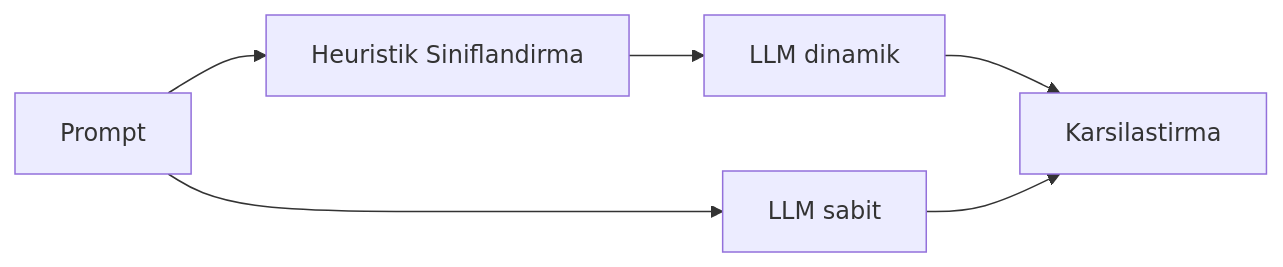
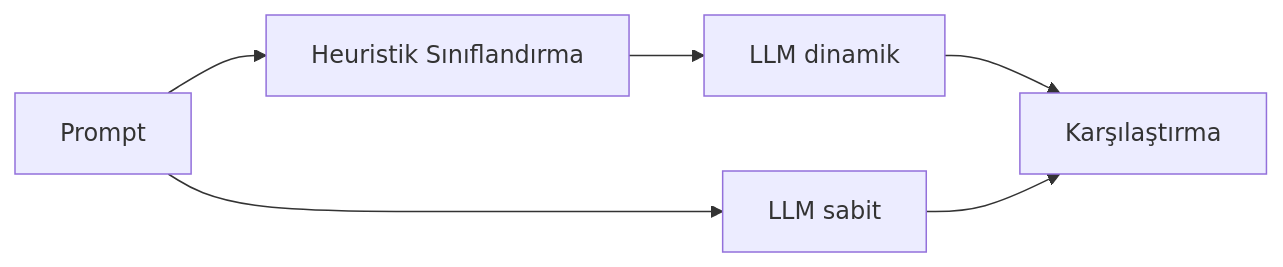
The fourth of 4 diagrams in README.md (emredeveloper/Agents-Notebooks), drawn with Mermaid before and after one commit. The commit also changed other lines of this file, not shown here.

````diff
--- a/README.md
+++ b/README.md
@@ -54,8 +56,8 @@
 ```mermaid
 flowchart LR
-	P2[Prompt] --> CLS[Heuristik Siniflandirma]
-	CLS --> DYN[LLM dinamik]
-	P2 --> FIX[LLM sabit]
-	DYN --> CMP[Karsilastirma]
-	FIX --> CMP
+    P2[Prompt] --> CLS[Heuristik Sınıflandırma]
+    CLS --> DYN[LLM dinamik]
+    P2 --> FIX[LLM sabit]
+    DYN --> CMP[Karşılaştırma]
+    FIX --> CMP
 ```
````
